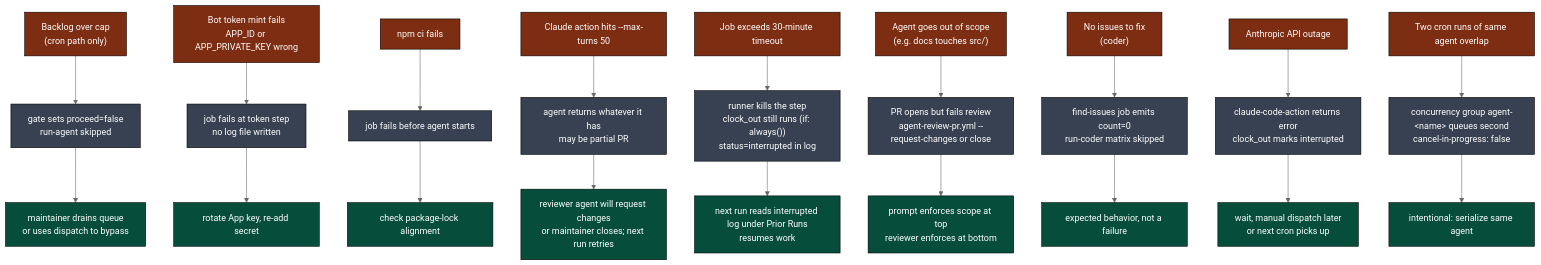
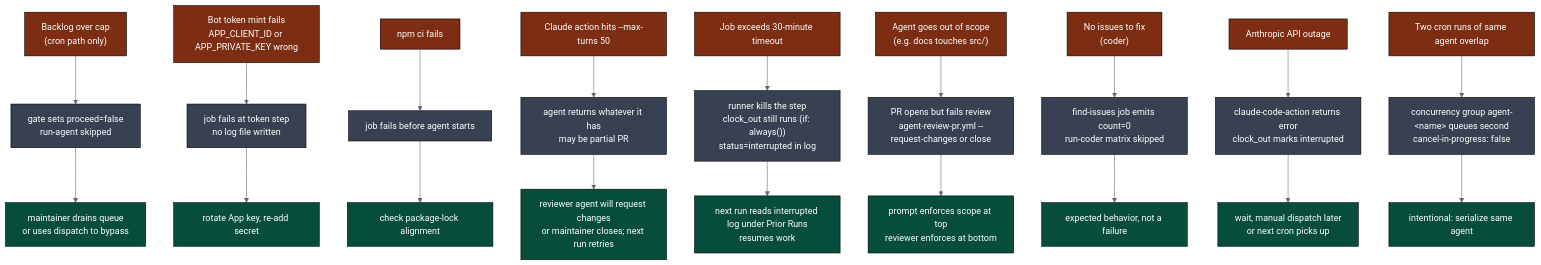
One commit to llm-exe/llm-exe changed diagram 12 of 13 in .github/docs/AGENT_RUN_DEEP_DIVE.md. Above: the diagram before and after it, drawn with Mermaid (neutral theme). The commit also changed other lines of this file and 13 other files, not shown here.

Commit message:
fix: update references from APP_ID to APP_CLIENT_ID in documentation

````diff
--- a/.github/docs/AGENT_RUN_DEEP_DIVE.md
+++ b/.github/docs/AGENT_RUN_DEEP_DIVE.md
@@ -564,50 +564,50 @@
 ```mermaid
 flowchart TB
     classDef fail fill:#7c2d12,color:#fff,stroke:#000
     classDef effect fill:#374151,color:#fff,stroke:#000
     classDef fix fill:#064e3b,color:#fff,stroke:#000
 
     F1["Backlog over cap\n(cron path only)"]:::fail
     F1 --> F1E["gate sets proceed=false\nrun-agent skipped"]:::effect
     F1E --> F1X["maintainer drains queue\nor uses dispatch to bypass"]:::fix
 
-    F2["Bot token mint fails\nAPP_ID or APP_PRIVATE_KEY wrong"]:::fail
+    F2["Bot token mint fails\nAPP_CLIENT_ID or APP_PRIVATE_KEY wrong"]:::fail
     F2 --> F2E["job fails at token step\nno log file written"]:::effect
     F2X["rotate App key, re-add secret"]:::fix
     F2E --> F2X
 
     F3["npm ci fails"]:::fail
     F3 --> F3E["job fails before agent starts"]:::effect
     F3X["check package-lock alignment"]:::fix
     F3E --> F3X
 
     F4["Claude action hits --max-turns 50"]:::fail
     F4 --> F4E["agent returns whatever it has\nmay be partial PR"]:::effect
     F4X["reviewer agent will request changes\nor maintainer closes; next run retries"]:::fix
     F4E --> F4X
 
     F5["Job exceeds 30-minute timeout"]:::fail
     F5 --> F5E["runner kills the step\nclock_out still runs (if: always())\nstatus=interrupted in log"]:::effect
     F5X["next run reads interrupted log under Prior Runs\nresumes work"]:::fix
     F5E --> F5X
 
     F6["Agent goes out of scope\n(e.g. docs touches src/)"]:::fail
     F6 --> F6E["PR opens but fails review\nagent-review-pr.yml --request-changes or close"]:::effect
     F6X["prompt enforces scope at top\nreviewer enforces at bottom"]:::fix
     F6E --> F6X
 
     F7["No issues to fix\n(coder)"]:::fail
     F7 --> F7E["find-issues job emits count=0\nrun-coder matrix skipped"]:::effect
     F7X["expected behavior, not a failure"]:::fix
     F7E --> F7X
 
     F8["Anthropic API outage"]:::fail
     F8 --> F8E["claude-code-action returns error\nclock_out marks interrupted"]:::effect
     F8X["wait, manual dispatch later\nor next cron picks up"]:::fix
     F8E --> F8X
 
     F9["Two cron runs of same agent overlap"]:::fail
     F9 --> F9E["concurrency group agent-&lt;name&gt; queues second\ncancel-in-progress: false"]:::effect
     F9X["intentional: serialize same agent"]:::fix
     F9E --> F9X
 ```
````
